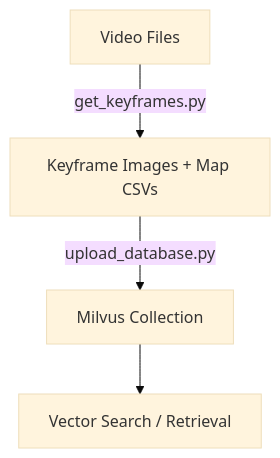
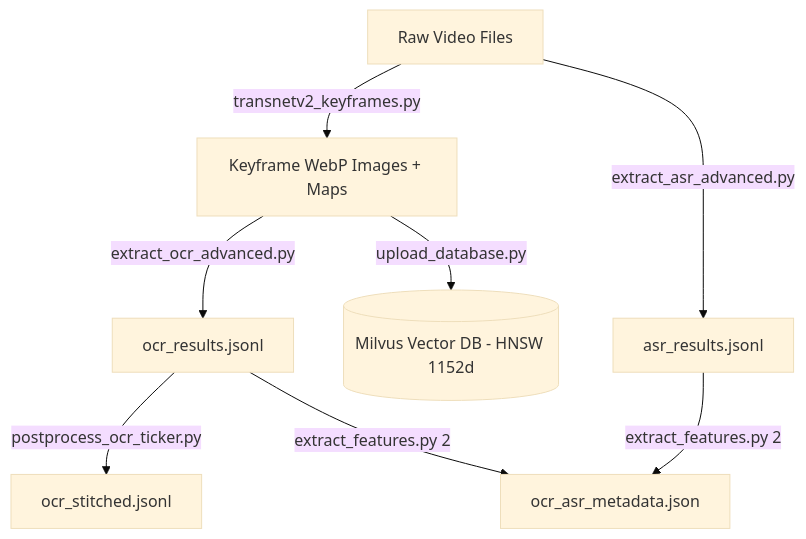
The diagram in data_pipeline/README.md (nblong07/code-c-a-Long), drawn with Mermaid (base theme) before and after one commit. The commit also changed other lines of this file and 21 other files, not shown here.

````diff
--- a/data_pipeline/README.md
+++ b/data_pipeline/README.md
@@ -31,6 +9,9 @@
 ```mermaid
 graph TD
-    A[Video Files] -->|get_keyframes.py| B[Keyframe Images + Map CSVs]
-    B -->|upload_database.py| C[Milvus Collection]
-    C --> D[Vector Search / Retrieval]
+    A[Raw Video Files] -->|transnetv2_keyframes.py| B[Keyframe WebP Images + Maps]
+    B -->|extract_ocr_advanced.py| C[ocr_results.jsonl]
+    C -->|postprocess_ocr_ticker.py| C2[ocr_stitched.jsonl]
+    A -->|extract_asr_advanced.py| D[asr_results.jsonl]
+    C & D -->|extract_features.py 2| E[ocr_asr_metadata.json]
+    B -->|upload_database.py| F[(Milvus Vector DB - HNSW 1152d)]
 ```
````
